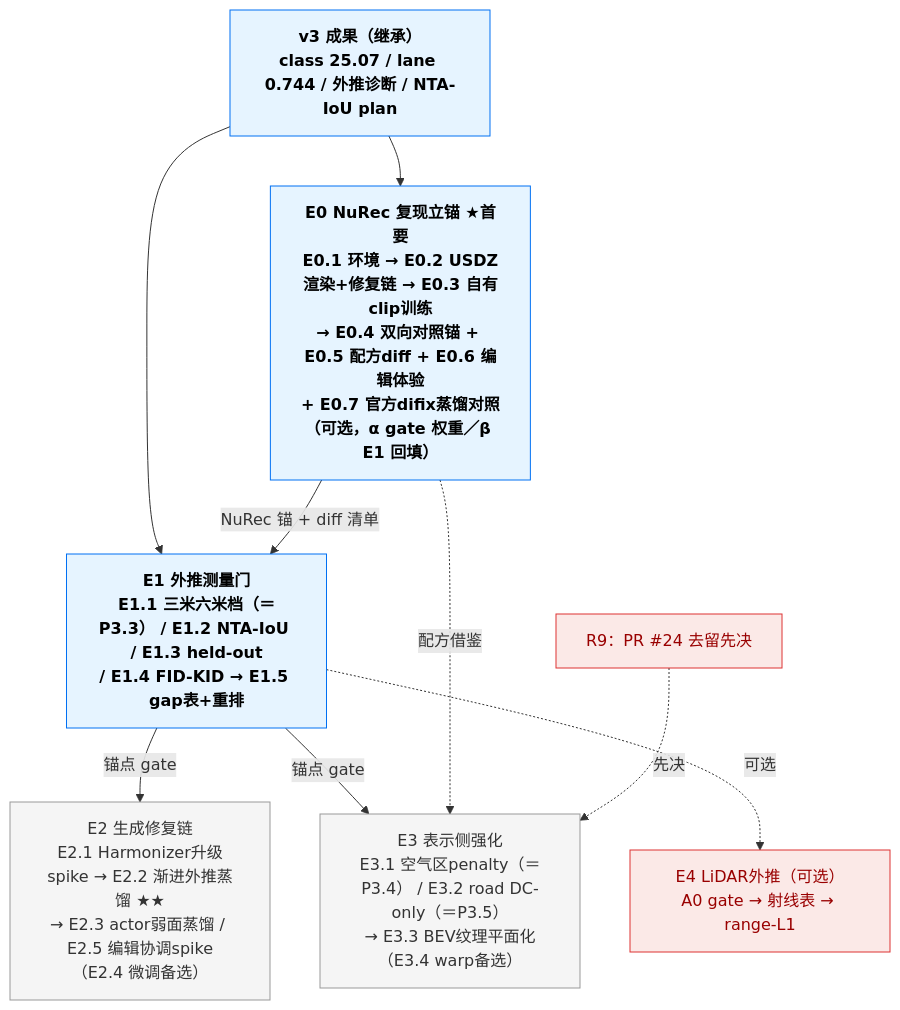
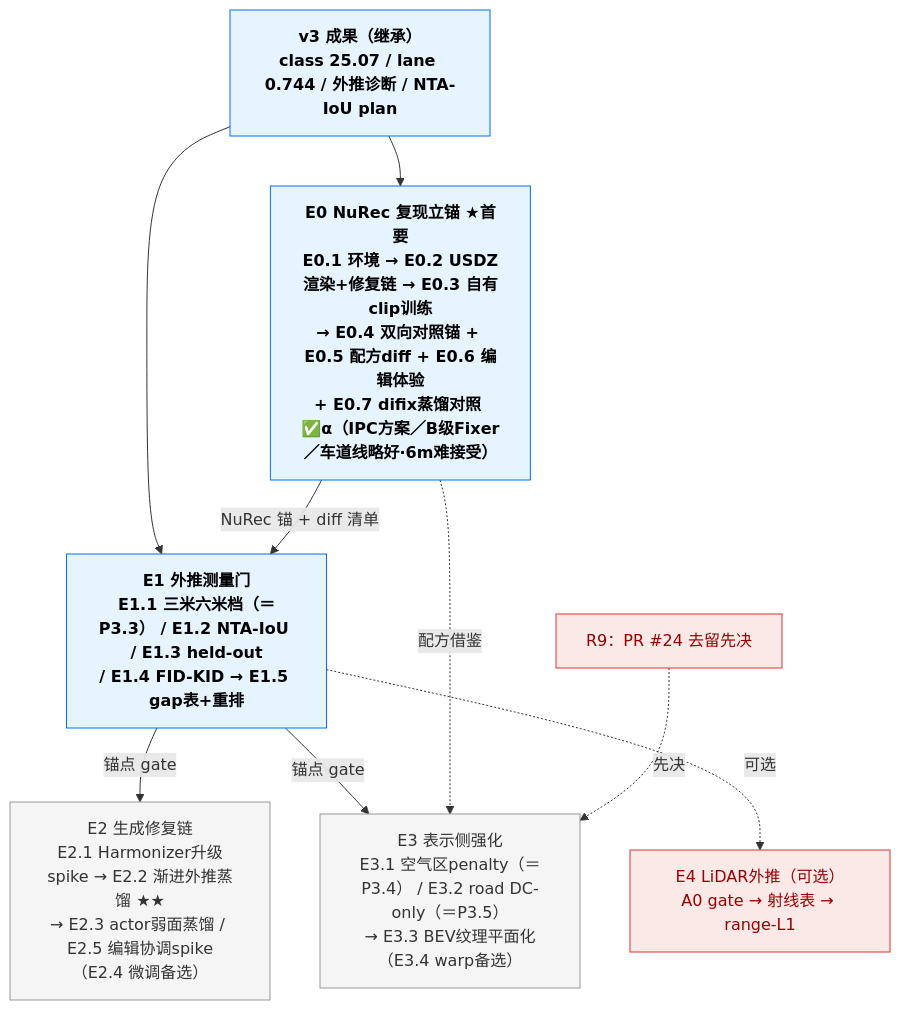
The second of 2 diagrams in v4_plan.md (etendue/3dgrut), drawn with Mermaid before and after one commit. The commit also changed other lines of this file, not shown here.

````diff
--- a/v4_plan.md
+++ b/v4_plan.md
@@ -154,23 +154,23 @@
 ```mermaid
 flowchart TD
   classDef gate fill:#e6f4ff,stroke:#0070f3,color:#000,font-weight:bold
   classDef todo fill:#f5f5f5,stroke:#999,color:#333
   classDef opt fill:#fbe9e7,stroke:#d33,color:#900
 
   v3["v3 成果（继承）<br/>class 25.07 / lane 0.744 / 外推诊断 / NTA-IoU plan"]:::gate
-  E0["E0 NuRec 复现立锚 ★首要<br/>E0.1 环境 → E0.2 USDZ渲染+修复链 → E0.3 自有clip训练<br/>→ E0.4 双向对照锚 + E0.5 配方diff + E0.6 编辑体验<br/>+ E0.7 官方difix蒸馏对照（可选，α gate 权重／β E1 回填）"]:::gate
+  E0["E0 NuRec 复现立锚 ★首要<br/>E0.1 环境 → E0.2 USDZ渲染+修复链 → E0.3 自有clip训练<br/>→ E0.4 双向对照锚 + E0.5 配方diff + E0.6 编辑体验<br/>+ E0.7 difix蒸馏对照 ✅α（IPC方案／B级Fixer／车道线略好·6m难接受）"]:::gate
   E1["E1 外推测量门<br/>E1.1 三米六米档（＝P3.3） / E1.2 NTA-IoU / E1.3 held-out<br/>/ E1.4 FID-KID → E1.5 gap表+重排"]:::gate
   E2["E2 生成修复链<br/>E2.1 Harmonizer升级spike → E2.2 渐进外推蒸馏 ★★<br/>→ E2.3 actor弱面蒸馏 / E2.5 编辑协调spike（E2.4 微调备选）"]:::todo
   E3["E3 表示侧强化<br/>E3.1 空气区penalty（＝P3.4） / E3.2 road DC-only（＝P3.5）<br/>→ E3.3 BEV纹理平面化（E3.4 warp备选）"]:::todo
   E4["E4 LiDAR外推（可选）<br/>A0 gate → 射线表 → range-L1"]:::opt
   PR24["R9：PR #24 去留先决"]:::opt
 
   v3 --> E0
   v3 --> E1
   E0 -->|NuRec 锚 + diff 清单| E1
   E1 -->|锚点 gate| E2
   E1 -->|锚点 gate| E3
   E0 -.配方借鉴.-> E3
   PR24 -.先决.-> E3
   E1 -.可选.-> E4
 ```
````
